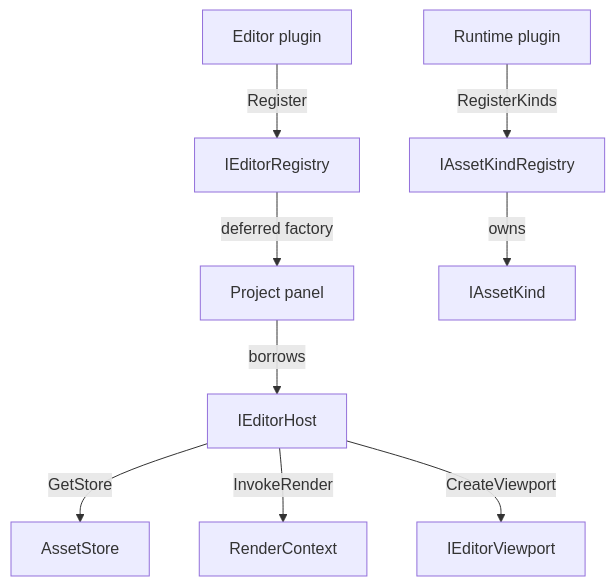
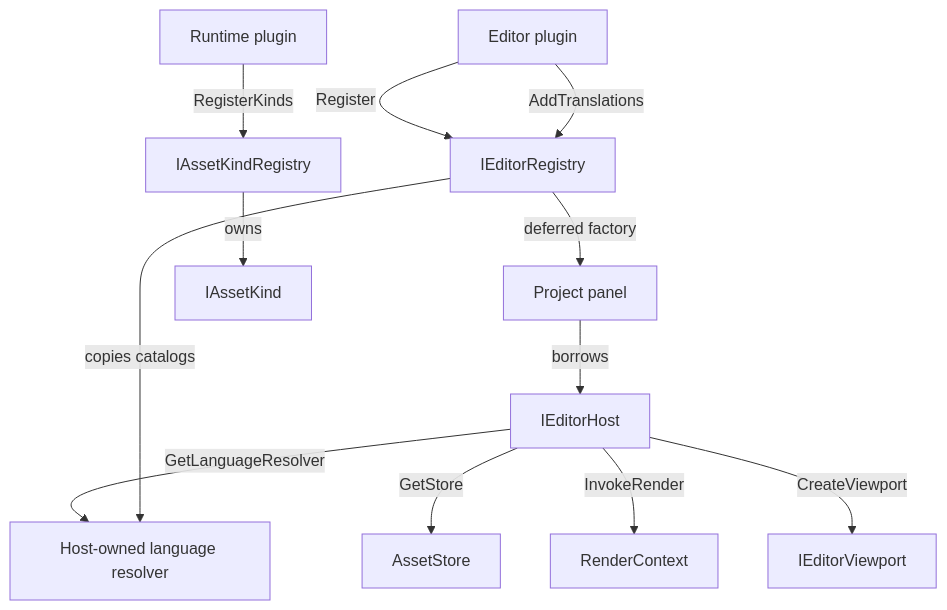
Before and after one commit to alexjiang200407/bernini: the diagram in docs/editor_plugins.md, drawn with Mermaid. The commit also changed other lines of this file and 17 other files, not shown here.

Commit message:
feat(editor): resolve module translations through host services

````diff
--- a/docs/editor_plugins.md
+++ b/docs/editor_plugins.md
@@ -56,11 +60,14 @@
 ```mermaid
 flowchart TD
     Runtime[Runtime plugin] -->|RegisterKinds| Kinds[IAssetKindRegistry]
     Editor[Editor plugin] -->|Register| Registry[IEditorRegistry]
     Registry -->|deferred factory| Panel[Project panel]
     Panel -->|borrows| Host[IEditorHost]
+    Host -->|GetLanguageResolver| Language[Host-owned language resolver]
+    Editor -->|AddTranslations| Registry
+    Registry -->|copies catalogs| Language
     Host -->|GetStore| Store[AssetStore]
     Host -->|InvokeRender| Render[RenderContext]
     Host -->|CreateViewport| Viewport[IEditorViewport]
     Kinds -->|owns| Kind[IAssetKind]
 ```
````
